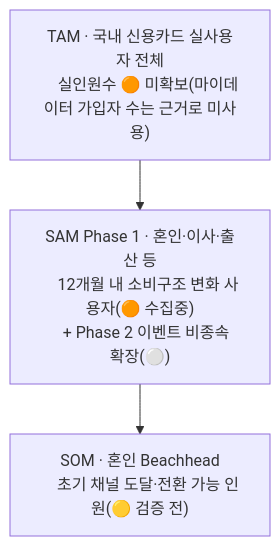
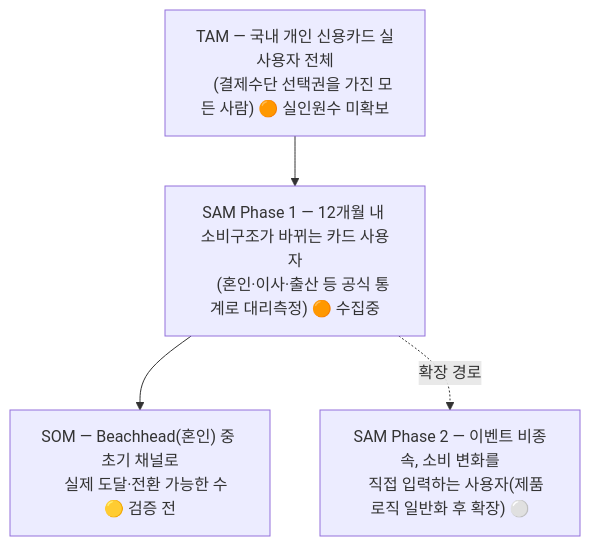
One commit to jennie-brain/team-project_2nd changed the second of 3 diagrams in 윤정/0818_1페이지 브리프.md. Above: the diagram before and after it, drawn with Mermaid. The commit also changed other lines of this file, not shown here.

````diff
--- a/윤정/0818_1페이지 브리프.md
+++ b/윤정/0818_1페이지 브리프.md
@@ -61,11 +48,13 @@
 ```mermaid
-graph TD
-    TAM["TAM · 국내 신용카드 실사용자 전체
-    실인원수 🟠 미확보(마이데이터 가입자 수는 근거로 미사용)"]
-    SAM["SAM Phase 1 · 혼인·이사·출산 등
-    12개월 내 소비구조 변화 사용자(🟠 수집중)
-    + Phase 2 이벤트 비종속 확장(⚪)"]
-    SOM["SOM · 혼인 Beachhead
-    초기 채널 도달·전환 가능 인원(🟡 검증 전)"]
-    TAM --> SAM --> SOM
+flowchart TD
+    TAM["TAM — 국내 개인 신용카드 실사용자 전체
+    (결제수단 선택권을 가진 모든 사람) 🟠 실인원수 미확보"]
+    SAM1["SAM Phase 1 — 12개월 내 소비구조가 바뀌는 카드 사용자
+    (혼인·이사·출산 등 공식 통계로 대리측정) 🟠 수집중"]
+    SAM2["SAM Phase 2 — 이벤트 비종속, 소비 변화를
+    직접 입력하는 사용자(제품 로직 일반화 후 확장) ⚪"]
+    SOM["SOM — Beachhead(혼인) 중 초기 채널로
+    실제 도달·전환 가능한 수 🟡 검증 전"]
+    TAM --> SAM1 --> SOM
+    SAM1 -. 확장 경로 .-> SAM2
 ```
````
